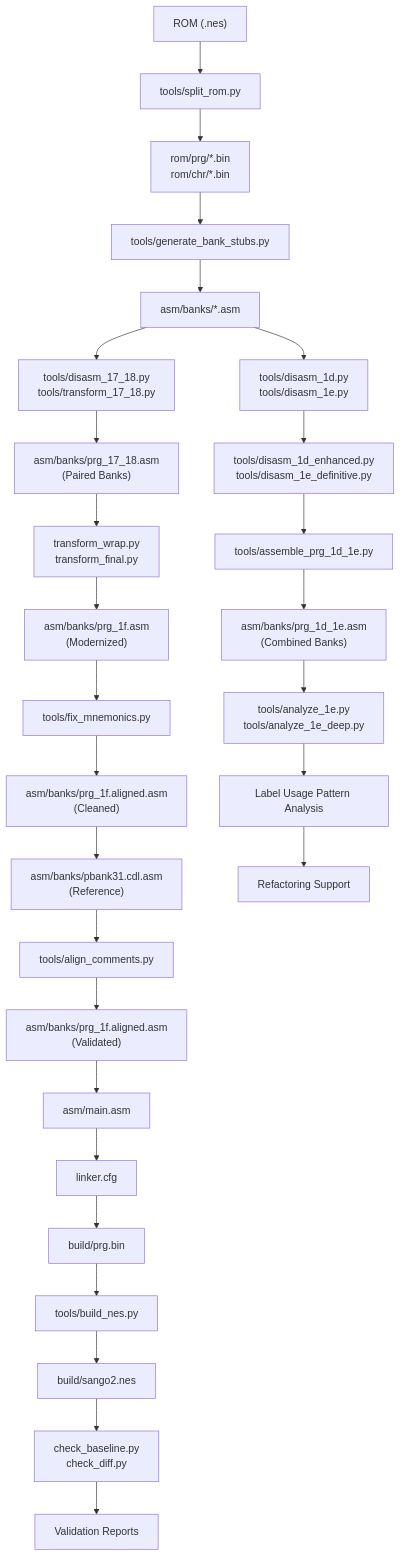
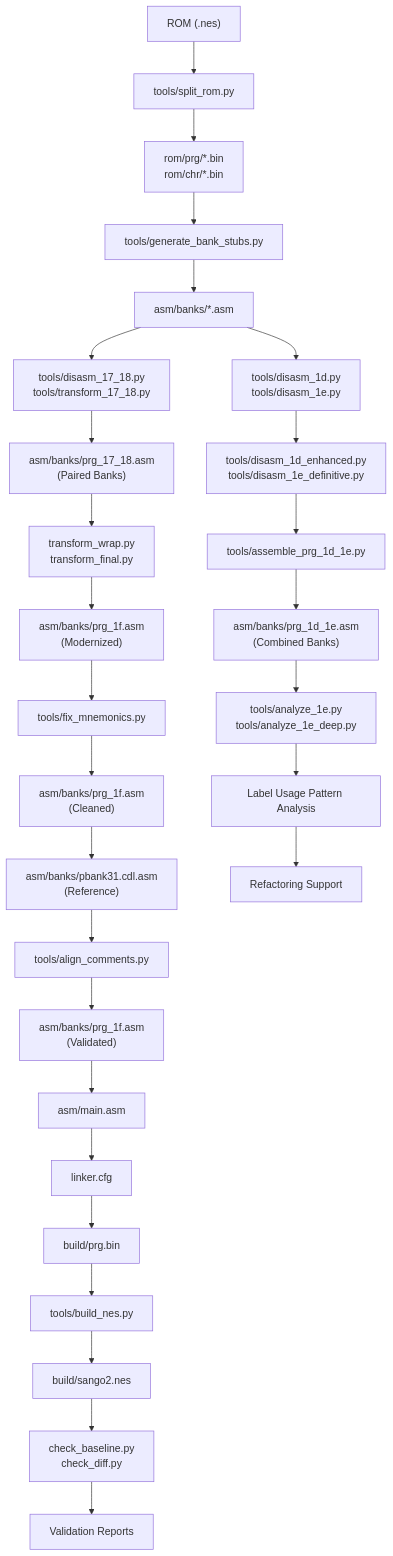
One commit to rabbyzero/sango2dasm changed the first of 7 diagrams in .qoder/repowiki/en/content/Disassembly Workflow/Disassembly Workflow.md. Above: the diagram before and after it, drawn with Mermaid. The commit also changed other lines of this file and 31 other files, not shown here.

Commit message:
prg bank $0a $0b WIP. rename prg_1f.aligned.asm to prg_1f.asm.

````diff
--- a/.qoder/repowiki/en/content/Disassembly Workflow/Disassembly Workflow.md
+++ b/.qoder/repowiki/en/content/Disassembly Workflow/Disassembly Workflow.md
@@ -100,30 +100,30 @@
 ```mermaid
 graph TB
 A["ROM (.nes)"] --> B["tools/split_rom.py"]
 B --> C["rom/prg/*.bin<br/>rom/chr/*.bin"]
 C --> D["tools/generate_bank_stubs.py"]
 D --> E["asm/banks/*.asm"]
 E --> F["tools/disasm_17_18.py<br/>tools/transform_17_18.py"]
 F --> G["asm/banks/prg_17_18.asm<br/>(Paired Banks)"]
 E --> H["tools/disasm_1d.py<br/>tools/disasm_1e.py"]
 H --> I["tools/disasm_1d_enhanced.py<br/>tools/disasm_1e_definitive.py"]
 I --> J["tools/assemble_prg_1d_1e.py"]
 J --> K["asm/banks/prg_1d_1e.asm<br/>(Combined Banks)"]
 G --> L["transform_wrap.py<br/>transform_final.py"]
 L --> M["asm/banks/prg_1f.asm<br/>(Modernized)"]
 M --> N["tools/fix_mnemonics.py"]
-N --> O["asm/banks/prg_1f.aligned.asm<br/>(Cleaned)"]
+N --> O["asm/banks/prg_1f.asm<br/>(Cleaned)"]
 O --> P["asm/banks/pbank31.cdl.asm<br/>(Reference)"]
 P --> Q["tools/align_comments.py"]
-Q --> R["asm/banks/prg_1f.aligned.asm<br/>(Validated)"]
+Q --> R["asm/banks/prg_1f.asm<br/>(Validated)"]
 R --> S["asm/main.asm"]
 S --> T["linker.cfg"]
 T --> U["build/prg.bin"]
 U --> V["tools/build_nes.py"]
 V --> W["build/sango2.nes"]
 W --> X["check_baseline.py<br/>check_diff.py"]
 X --> Y["Validation Reports"]
 K --> Z["tools/analyze_1e.py<br/>tools/analyze_1e_deep.py"]
 Z --> AA["Label Usage Pattern Analysis"]
 AA --> BB["Refactoring Support"]
 ```
````
